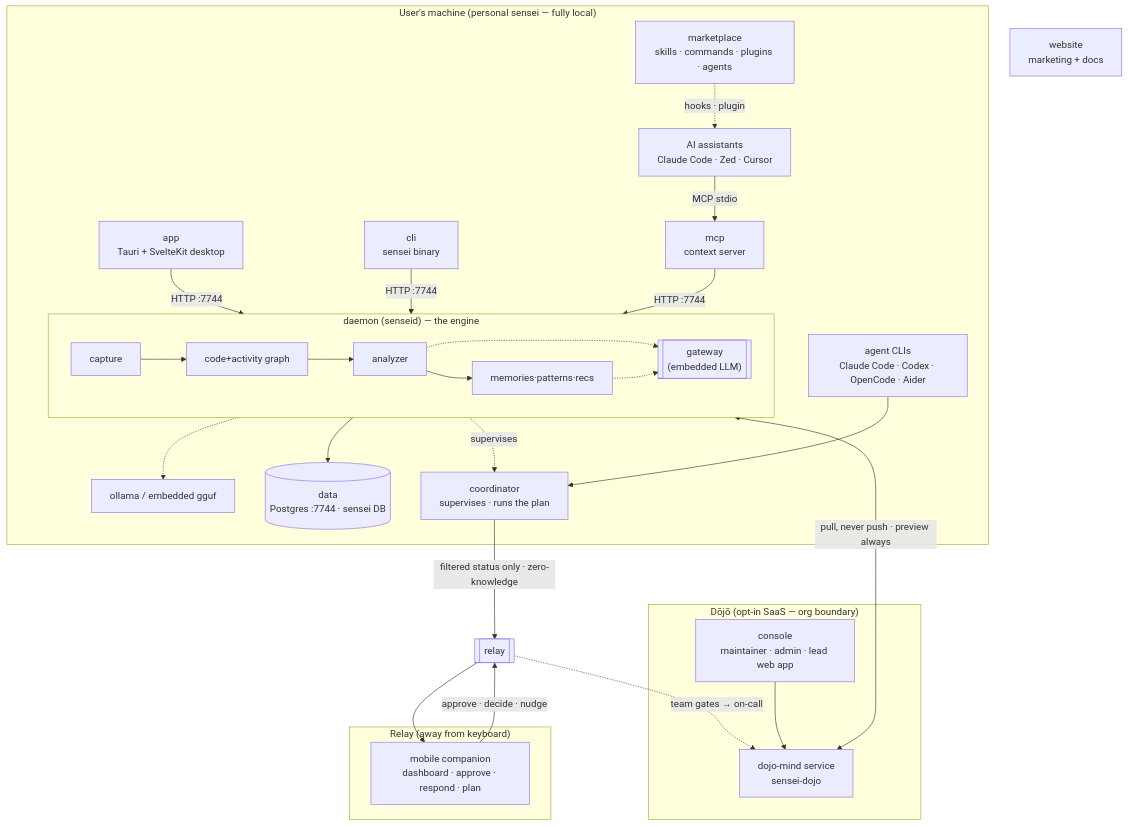
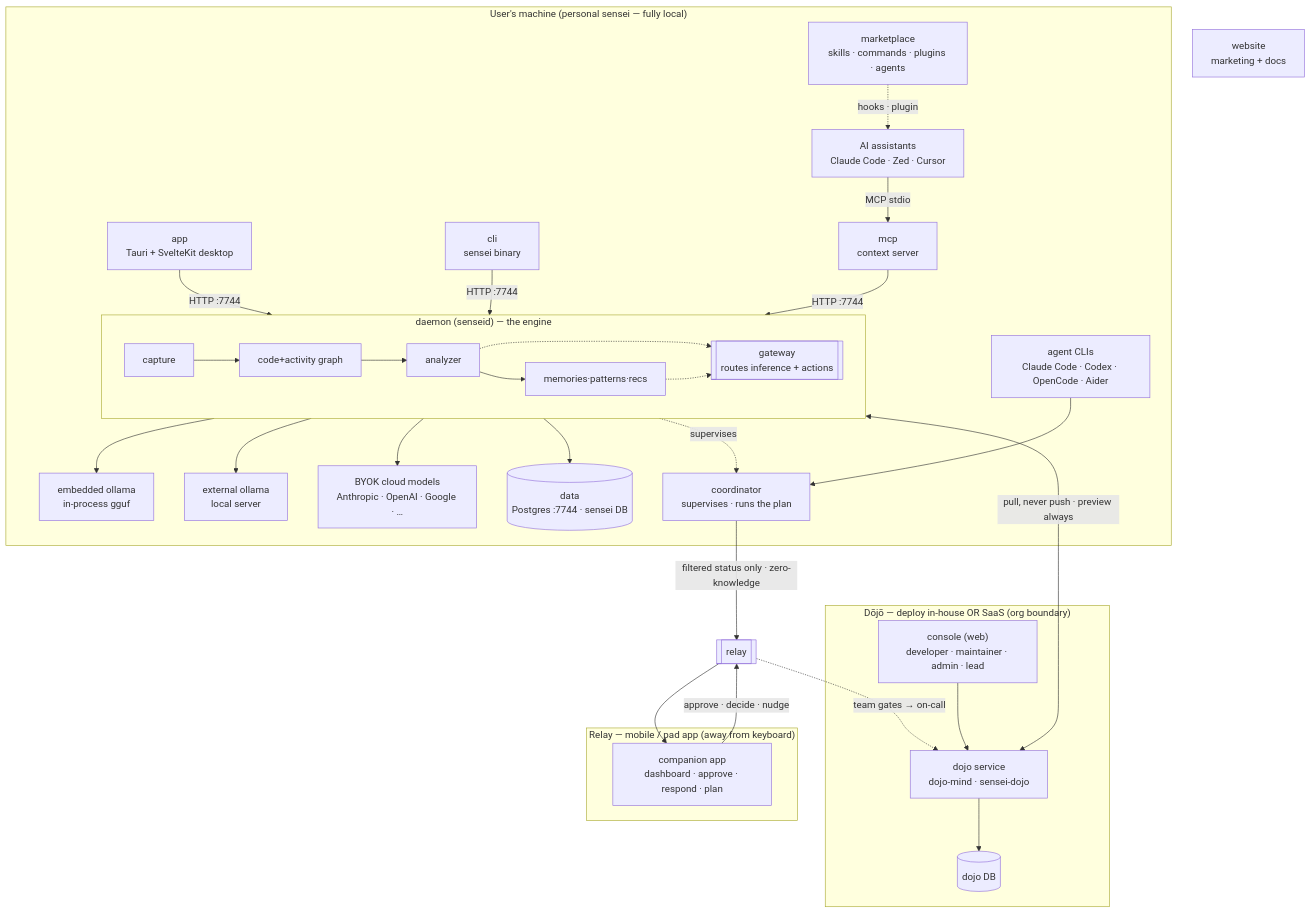
The diagram in docs/architecture/README.md (sensei-hq/sensei), drawn with Mermaid before and after one commit. The commit also changed other lines of this file and 3 other files, not shown here.

First line of the commit message:
docs(arch): Dōjō developer role + universal login + in-house/SaaS + ecosystem board

````diff
--- a/docs/architecture/README.md
+++ b/docs/architecture/README.md
@@ -16,44 +16,47 @@
 ```mermaid
 flowchart TD
     subgraph client["User's machine (personal sensei — fully local)"]
         APP["app<br/>Tauri + SvelteKit desktop"]
         CLI["cli<br/>sensei binary"]
         ASSIST["AI assistants<br/>Claude Code · Zed · Cursor"]
         MKT["marketplace<br/>skills · commands · plugins · agents"]
 
         ASSIST -->|MCP stdio| MCP["mcp<br/>context server"]
         MKT -.->|hooks · plugin| ASSIST
         APP -->|HTTP :7744| D
         CLI -->|HTTP :7744| D
         MCP -->|HTTP :7744| D
 
         subgraph D["daemon (senseid) — the engine"]
             direction LR
             CAP[capture] --> GRAPH[code+activity graph]
             GRAPH --> ANALYZE[analyzer] --> LEARN[memories·patterns·recs]
-            GW[["gateway<br/>(embedded LLM)"]]
+            GW[["gateway<br/>routes inference + actions"]]
             ANALYZE -.-> GW
             LEARN -.-> GW
         end
         D --> DATA[("data<br/>Postgres :7744 · sensei DB")]
-        GW -.-> OLLAMA["ollama / embedded gguf"]
+        GW --> EMB["embedded ollama<br/>in-process gguf"]
+        GW --> EXT["external ollama<br/>local server"]
+        GW --> BYOK["BYOK cloud models<br/>Anthropic · OpenAI · Google · …"]
         AGENTS["agent CLIs<br/>Claude Code · Codex · OpenCode · Aider"] --> COORD["coordinator<br/>supervises · runs the plan"]
         D -.->|supervises| COORD
     end
 
-    subgraph saas["Dōjō (opt-in SaaS — org boundary)"]
-        CONSOLE["console<br/>maintainer · admin · lead web app"]
-        DOJOSVC["dojo-mind service<br/>sensei-dojo"]
-        CONSOLE --> DOJOSVC
+    subgraph saas["Dōjō — deploy in-house OR SaaS (org boundary)"]
+        CONSOLE["console (web)<br/>developer · maintainer · admin · lead"]
+        DOJOSVC["dojo service<br/>dojo-mind · sensei-dojo"]
+        DDB[("dojo DB")]
+        CONSOLE --> DOJOSVC --> DDB
     end
 
-    subgraph relayplane["Relay (away from keyboard)"]
-        PHONE["mobile companion<br/>dashboard · approve · respond · plan"]
+    subgraph relayplane["Relay — mobile / pad app (away from keyboard)"]
+        PHONE["companion app<br/>dashboard · approve · respond · plan"]
     end
 
     D <-->|pull, never push · preview always| DOJOSVC
     COORD -->|filtered status only · zero-knowledge| RELAY[[relay]] --> PHONE
     PHONE -->|approve · decide · nudge| RELAY
     RELAY -.->|team gates → on-call| DOJOSVC
     WEB["website<br/>marketing + docs"]
 ```
````
